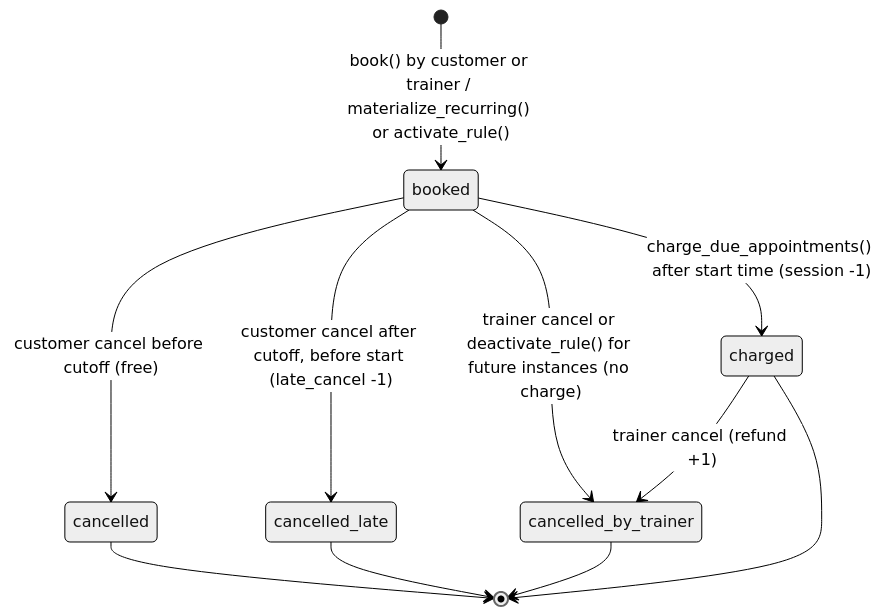
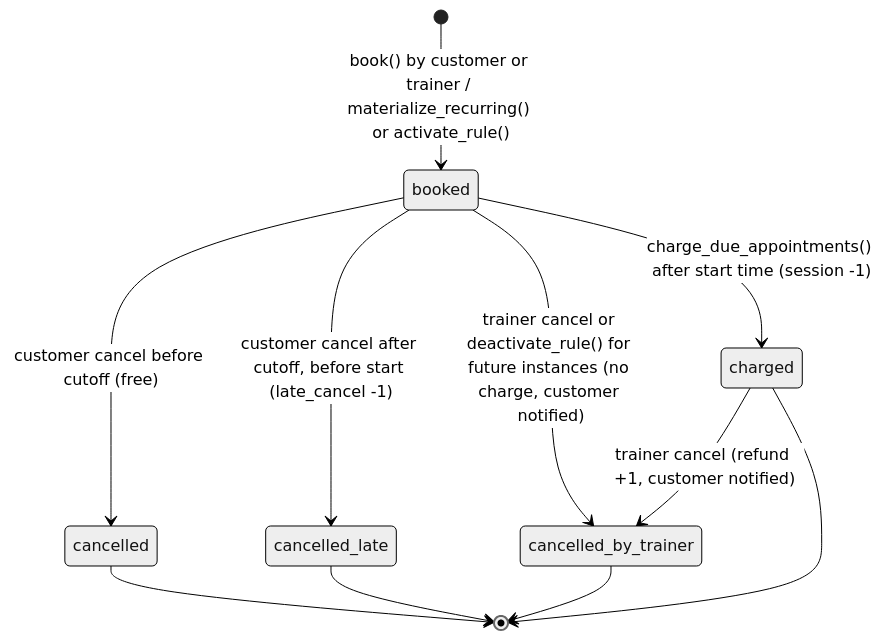
The diagram in docs/architecture/appointment-states.md (JasaGlazar/amrap), drawn with Mermaid (neutral theme) before and after one commit. The commit also changed other lines of this file and 14 other files, not shown here.

First line of the commit message:
feat(db): trainer cancel reason and customer notification (#18)

````diff
--- a/docs/architecture/appointment-states.md
+++ b/docs/architecture/appointment-states.md
@@ -16,13 +17,13 @@
 ```mermaid
 stateDiagram-v2
     [*] --> booked : book() by customer or trainer / materialize_recurring() or activate_rule()
     booked --> charged : charge_due_appointments() after start time (session -1)
     booked --> cancelled : customer cancel before cutoff (free)
     booked --> cancelled_late : customer cancel after cutoff, before start (late_cancel -1)
-    booked --> cancelled_by_trainer : trainer cancel or deactivate_rule() for future instances (no charge)
-    charged --> cancelled_by_trainer : trainer cancel (refund +1)
+    booked --> cancelled_by_trainer : trainer cancel or deactivate_rule() for future instances (no charge, customer notified)
+    charged --> cancelled_by_trainer : trainer cancel (refund +1, customer notified)
     cancelled --> [*]
     cancelled_late --> [*]
     cancelled_by_trainer --> [*]
     charged --> [*]
 ```
````
